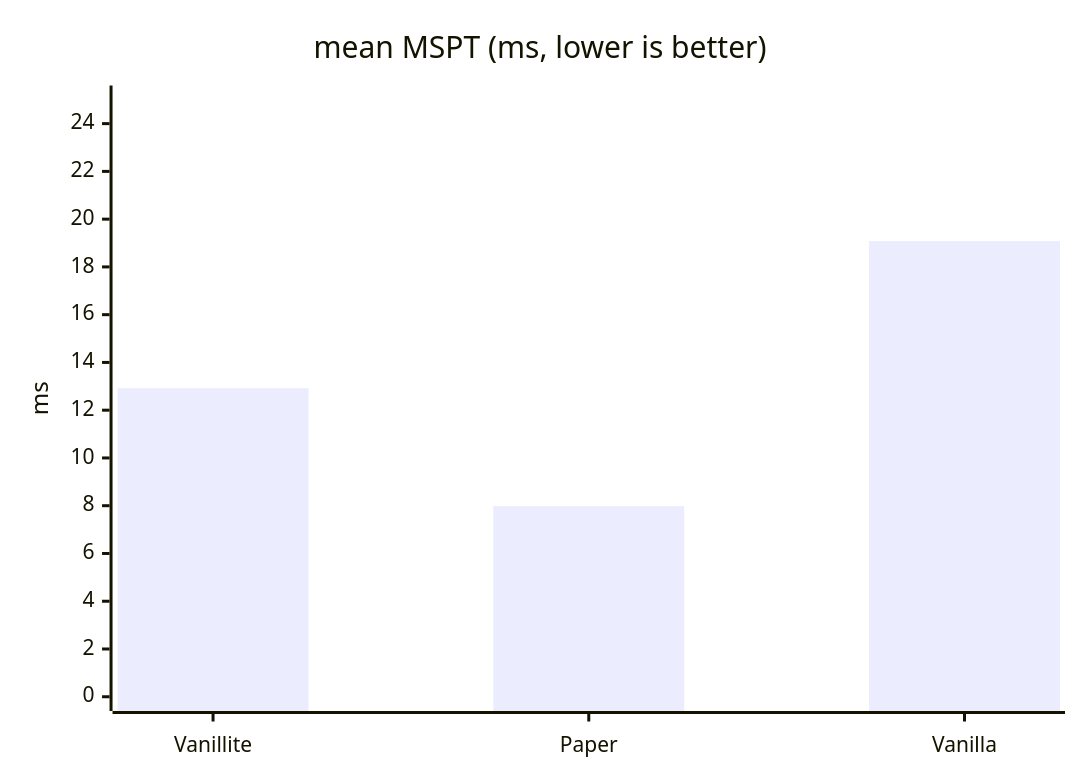
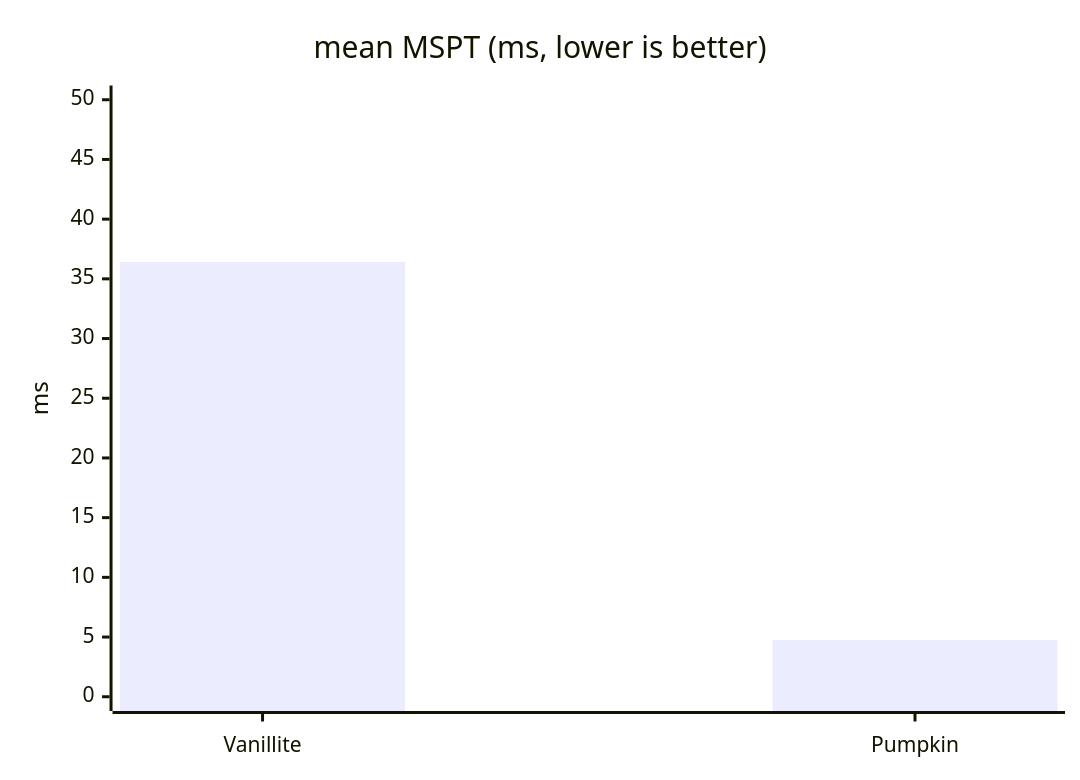
One commit to hthoene/Vanillite changed the sixth of 15 diagrams in benchmarks/README.md. Above: the diagram before and after it, drawn with Mermaid. The commit also changed other lines of this file and 6 other files, not shown here.

````diff
--- a/benchmarks/README.md
+++ b/benchmarks/README.md
@@ -196,7 +214,7 @@
 ```mermaid
 xychart-beta
     title "mean MSPT (ms, lower is better)"
-    x-axis ["Vanillite", "Paper", "Vanilla"]
-    y-axis "ms" 0 --> 25
-    bar [12.92, 7.98, 19.08]
+    x-axis ["Vanillite", "Pumpkin"]
+    y-axis "ms" 0 --> 50
+    bar [36.41, 4.75]
 ```
````
